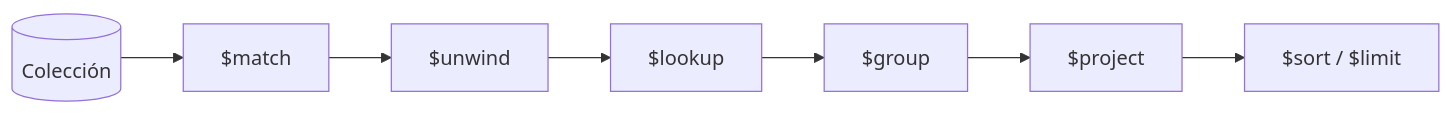
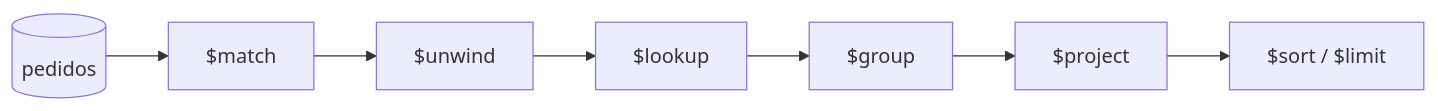
One commit to unlam-informatica/unlam-informatica.github.io changed the diagram in src/content/docs/bbdd-aplicadas/unidad-4/teoria/mongodb-agregacion.md. Above: the diagram before and after it, drawn with Mermaid. The commit also changed other lines of this file and 100 other files, not shown here.

````diff
--- a/src/content/docs/bbdd-aplicadas/unidad-4/teoria/mongodb-agregacion.md
+++ b/src/content/docs/bbdd-aplicadas/unidad-4/teoria/mongodb-agregacion.md
@@ -33,9 +72,9 @@
 ```mermaid
 flowchart LR
-    A[(Colección)] --> M[$match]
-    M --> U[$unwind]
-    U --> L[$lookup]
-    L --> G[$group]
-    G --> P[$project]
-    P --> S[$sort / $limit]
+    A[(pedidos)] --> M["$match"]
+    M --> U["$unwind"]
+    U --> L["$lookup"]
+    L --> G["$group"]
+    G --> P["$project"]
+    P --> S["$sort / $limit"]
 ```
````
